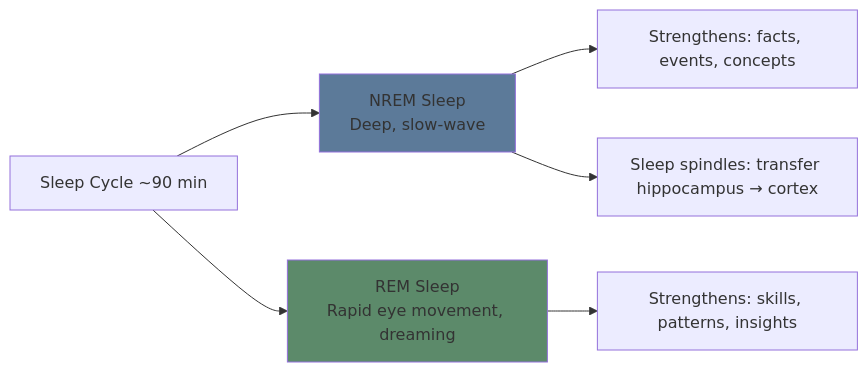
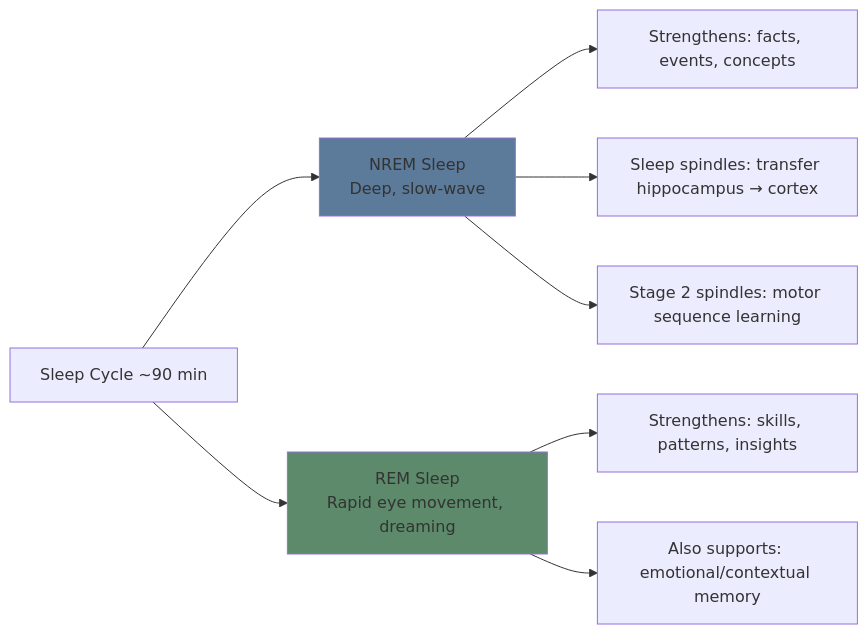
The second of 3 diagrams in learning-theories/modules/14-sleep/lesson.md (adamaiken89/course-content), drawn with Mermaid before and after one commit. The commit also changed other lines of this file and 126 other files, not shown here.

````diff
--- a/learning-theories/modules/14-sleep/lesson.md
+++ b/learning-theories/modules/14-sleep/lesson.md
@@ -42,10 +42,12 @@
 ```mermaid
 graph LR
     Sleep[Sleep Cycle ~90 min] --> NREM[NREM Sleep<br/>Deep, slow-wave]
     Sleep --> REM[REM Sleep<br/>Rapid eye movement, dreaming]
     NREM --> Declarative[Strengthens: facts, events, concepts]
     REM --> Procedural[Strengthens: skills, patterns, insights]
     NREM --> Spindles[Sleep spindles: transfer hippocampus → cortex]
+    REM --> Emotional[Also supports: emotional/contextual memory]
+    NREM --> Motor[Stage 2 spindles: motor sequence learning]
     style NREM fill:#5c7a99
     style REM fill:#5c8a6a
 ```
````
